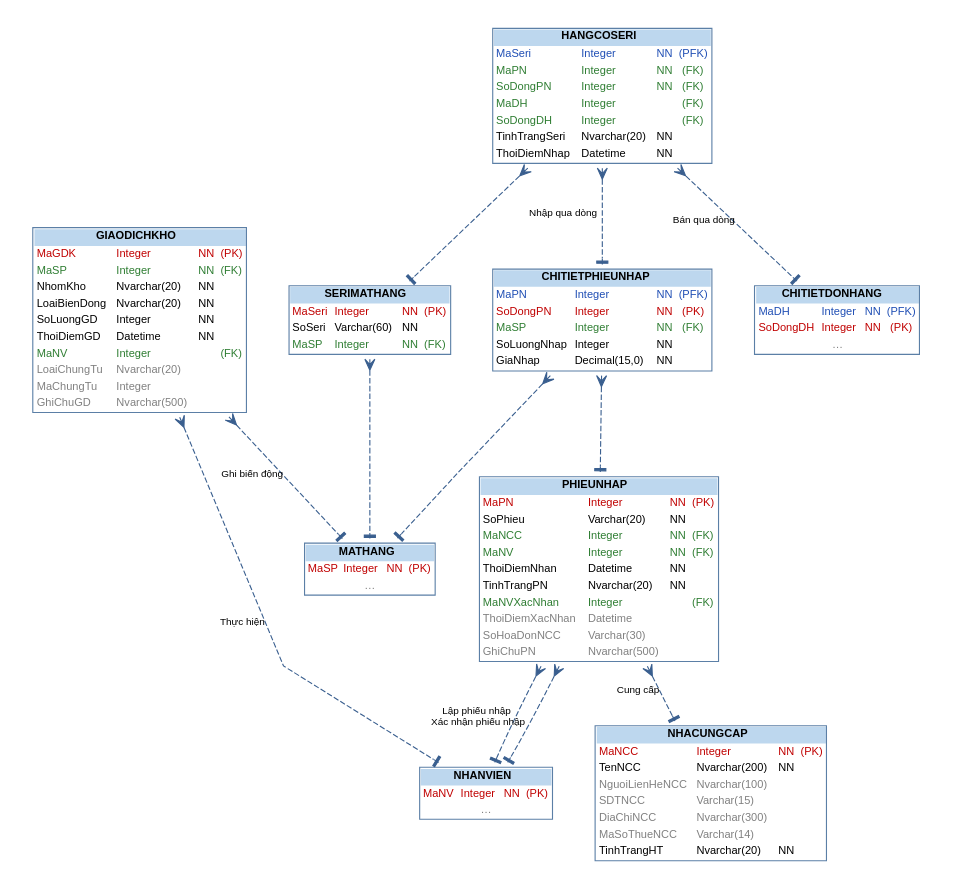
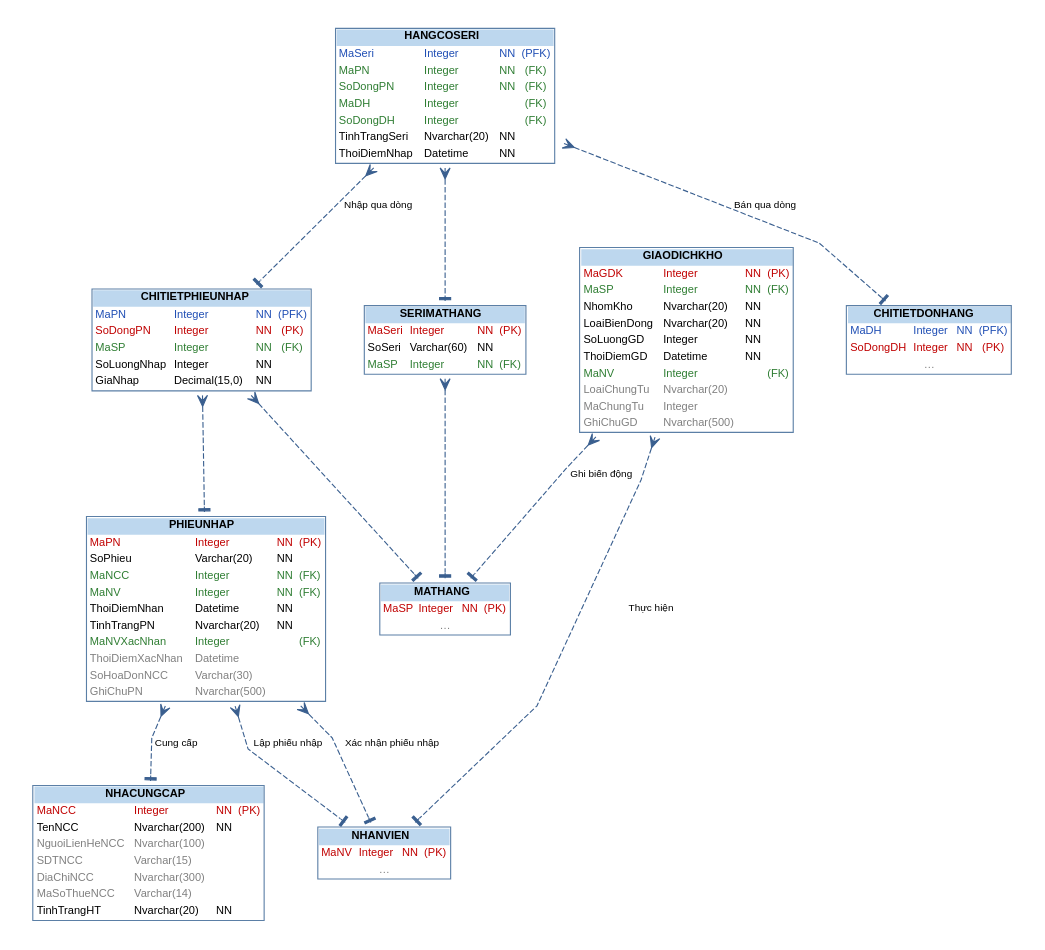
The diagram in bao-cao-moi/hinh/sodo_quanhe_b4.dot (twotnguyen/CSDL-NC-PowerTech), drawn with Graphviz before and after one commit. The commit also changed 24 other files, not shown here.

```diff
--- a/bao-cao-moi/hinh/sodo_quanhe_b4.dot
+++ b/bao-cao-moi/hinh/sodo_quanhe_b4.dot
@@ -1,24 +1,24 @@
 digraph G {
-  rankdir=TB; splines=polyline; nodesep=0.3; ranksep=0.7; pad=0.2; newrank=true;
+  rankdir=TB; splines=polyline; nodesep=0.45; ranksep=0.8; pad=0.2; newrank=true;
   node [shape=plaintext, fontname="Helvetica", fontsize=10]; edge [fontname="Helvetica", fontsize=9, color="#3A5F8F", style=dashed, dir=both, arrowtail=crow, arrowhead=tee];
   "NHACUNGCAP" [label=<<TABLE BORDER="1" COLOR="#5B7FA6" CELLBORDER="0" CELLSPACING="0" CELLPADDING="2" BGCOLOR="white"><TR><TD COLSPAN="4" BGCOLOR="#BDD7EE"><B>NHACUNGCAP</B></TD></TR><TR><TD ALIGN="LEFT"><FONT COLOR="#C00000">MaNCC</FONT></TD><TD ALIGN="LEFT"><FONT COLOR="#C00000">Integer</FONT></TD><TD><FONT COLOR="#C00000">NN</FONT></TD><TD><FONT COLOR="#C00000">(PK)</FONT></TD></TR><TR><TD ALIGN="LEFT"><FONT COLOR="#000000">TenNCC</FONT></TD><TD ALIGN="LEFT"><FONT COLOR="#000000">Nvarchar(200)</FONT></TD><TD><FONT COLOR="#000000">NN</FONT></TD><TD> </TD></TR><TR><TD ALIGN="LEFT"><FONT COLOR="#808080">NguoiLienHeNCC</FONT></TD><TD ALIGN="LEFT"><FONT COLOR="#808080">Nvarchar(100)</FONT></TD><TD> </TD><TD> </TD></TR><TR><TD ALIGN="LEFT"><FONT COLOR="#808080">SDTNCC</FONT></TD><TD ALIGN="LEFT"><FONT COLOR="#808080">Varchar(15)</FONT></TD><TD> </TD><TD> </TD></TR><TR><TD ALIGN="LEFT"><FONT COLOR="#808080">DiaChiNCC</FONT></TD><TD ALIGN="LEFT"><FONT COLOR="#808080">Nvarchar(300)</FONT></TD><TD> </TD><TD> </TD></TR><TR><TD ALIGN="LEFT"><FONT COLOR="#808080">MaSoThueNCC</FONT></TD><TD ALIGN="LEFT"><FONT COLOR="#808080">Varchar(14)</FONT></TD><TD> </TD><TD> </TD></TR><TR><TD ALIGN="LEFT"><FONT COLOR="#000000">TinhTrangHT</FONT></TD><TD ALIGN="LEFT"><FONT COLOR="#000000">Nvarchar(20)</FONT></TD><TD><FONT COLOR="#000000">NN</FONT></TD><TD> </TD></TR></TABLE>>];
   "PHIEUNHAP" [label=<<TABLE BORDER="1" COLOR="#5B7FA6" CELLBORDER="0" CELLSPACING="0" CELLPADDING="2" BGCOLOR="white"><TR><TD COLSPAN="4" BGCOLOR="#BDD7EE"><B>PHIEUNHAP</B></TD></TR><TR><TD ALIGN="LEFT"><FONT COLOR="#C00000">MaPN</FONT></TD><TD ALIGN="LEFT"><FONT COLOR="#C00000">Integer</FONT></TD><TD><FONT COLOR="#C00000">NN</FONT></TD><TD><FONT COLOR="#C00000">(PK)</FONT></TD></TR><TR><TD ALIGN="LEFT"><FONT COLOR="#000000">SoPhieu</FONT></TD><TD ALIGN="LEFT"><FONT COLOR="#000000">Varchar(20)</FONT></TD><TD><FONT COLOR="#000000">NN</FONT></TD><TD> </TD></TR><TR><TD ALIGN="LEFT"><FONT COLOR="#2E7D32">MaNCC</FONT></TD><TD ALIGN="LEFT"><FONT COLOR="#2E7D32">Integer</FONT></TD><TD><FONT COLOR="#2E7D32">NN</FONT></TD><TD><FONT COLOR="#2E7D32">(FK)</FONT></TD></TR><TR><TD ALIGN="LEFT"><FONT COLOR="#2E7D32">MaNV</FONT></TD><TD ALIGN="LEFT"><FONT COLOR="#2E7D32">Integer</FONT></TD><TD><FONT COLOR="#2E7D32">NN</FONT></TD><TD><FONT COLOR="#2E7D32">(FK)</FONT></TD></TR><TR><TD ALIGN="LEFT"><FONT COLOR="#000000">ThoiDiemNhan</FONT></TD><TD ALIGN="LEFT"><FONT COLOR="#000000">Datetime</FONT></TD><TD><FONT COLOR="#000000">NN</FONT></TD><TD> </TD></TR><TR><TD ALIGN="LEFT"><FONT COLOR="#000000">TinhTrangPN</FONT></TD><TD ALIGN="LEFT"><FONT COLOR="#000000">Nvarchar(20)</FONT></TD><TD><FONT COLOR="#000000">NN</FONT></TD><TD> </TD></TR><TR><TD ALIGN="LEFT"><FONT COLOR="#2E7D32">MaNVXacNhan</FONT></TD><TD ALIGN="LEFT"><FONT COLOR="#2E7D32">Integer</FONT></TD><TD> </TD><TD><FONT COLOR="#2E7D32">(FK)</FONT></TD></TR><TR><TD ALIGN="LEFT"><FONT COLOR="#808080">ThoiDiemXacNhan</FONT></TD><TD ALIGN="LEFT"><FONT COLOR="#808080">Datetime</FONT></TD><TD> </TD><TD> </TD></TR><TR><TD ALIGN="LEFT"><FONT COLOR="#808080">SoHoaDonNCC</FONT></TD><TD ALIGN="LEFT"><FONT COLOR="#808080">Varchar(30)</FONT></TD><TD> </TD><TD> </TD></TR><TR><TD ALIGN="LEFT"><FONT COLOR="#808080">GhiChuPN</FONT></TD><TD ALIGN="LEFT"><FONT COLOR="#808080">Nvarchar(500)</FONT></TD><TD> </TD><TD> </TD></TR></TABLE>>];
   "CHITIETPHIEUNHAP" [label=<<TABLE BORDER="1" COLOR="#5B7FA6" CELLBORDER="0" CELLSPACING="0" CELLPADDING="2" BGCOLOR="white"><TR><TD COLSPAN="4" BGCOLOR="#BDD7EE"><B>CHITIETPHIEUNHAP</B></TD></TR><TR><TD ALIGN="LEFT"><FONT COLOR="#1F4EB4">MaPN</FONT></TD><TD ALIGN="LEFT"><FONT COLOR="#1F4EB4">Integer</FONT></TD><TD><FONT COLOR="#1F4EB4">NN</FONT></TD><TD><FONT COLOR="#1F4EB4">(PFK)</FONT></TD></TR><TR><TD ALIGN="LEFT"><FONT COLOR="#C00000">SoDongPN</FONT></TD><TD ALIGN="LEFT"><FONT COLOR="#C00000">Integer</FONT></TD><TD><FONT COLOR="#C00000">NN</FONT></TD><TD><FONT COLOR="#C00000">(PK)</FONT></TD></TR><TR><TD ALIGN="LEFT"><FONT COLOR="#2E7D32">MaSP</FONT></TD><TD ALIGN="LEFT"><FONT COLOR="#2E7D32">Integer</FONT></TD><TD><FONT COLOR="#2E7D32">NN</FONT></TD><TD><FONT COLOR="#2E7D32">(FK)</FONT></TD></TR><TR><TD ALIGN="LEFT"><FONT COLOR="#000000">SoLuongNhap</FONT></TD><TD ALIGN="LEFT"><FONT COLOR="#000000">Integer</FONT></TD><TD><FONT COLOR="#000000">NN</FONT></TD><TD> </TD></TR><TR><TD ALIGN="LEFT"><FONT COLOR="#000000">GiaNhap</FONT></TD><TD ALIGN="LEFT"><FONT COLOR="#000000">Decimal(15,0)</FONT></TD><TD><FONT COLOR="#000000">NN</FONT></TD><TD> </TD></TR></TABLE>>];
   "HANGCOSERI" [label=<<TABLE BORDER="1" COLOR="#5B7FA6" CELLBORDER="0" CELLSPACING="0" CELLPADDING="2" BGCOLOR="white"><TR><TD COLSPAN="4" BGCOLOR="#BDD7EE"><B>HANGCOSERI</B></TD></TR><TR><TD ALIGN="LEFT"><FONT COLOR="#1F4EB4">MaSeri</FONT></TD><TD ALIGN="LEFT"><FONT COLOR="#1F4EB4">Integer</FONT></TD><TD><FONT COLOR="#1F4EB4">NN</FONT></TD><TD><FONT COLOR="#1F4EB4">(PFK)</FONT></TD></TR><TR><TD ALIGN="LEFT"><FONT COLOR="#2E7D32">MaPN</FONT></TD><TD ALIGN="LEFT"><FONT COLOR="#2E7D32">Integer</FONT></TD><TD><FONT COLOR="#2E7D32">NN</FONT></TD><TD><FONT COLOR="#2E7D32">(FK)</FONT></TD></TR><TR><TD ALIGN="LEFT"><FONT COLOR="#2E7D32">SoDongPN</FONT></TD><TD ALIGN="LEFT"><FONT COLOR="#2E7D32">Integer</FONT></TD><TD><FONT COLOR="#2E7D32">NN</FONT></TD><TD><FONT COLOR="#2E7D32">(FK)</FONT></TD></TR><TR><TD ALIGN="LEFT"><FONT COLOR="#2E7D32">MaDH</FONT></TD><TD ALIGN="LEFT"><FONT COLOR="#2E7D32">Integer</FONT></TD><TD> </TD><TD><FONT COLOR="#2E7D32">(FK)</FONT></TD></TR><TR><TD ALIGN="LEFT"><FONT COLOR="#2E7D32">SoDongDH</FONT></TD><TD ALIGN="LEFT"><FONT COLOR="#2E7D32">Integer</FONT></TD><TD> </TD><TD><FONT COLOR="#2E7D32">(FK)</FONT></TD></TR><TR><TD ALIGN="LEFT"><FONT COLOR="#000000">TinhTrangSeri</FONT></TD><TD ALIGN="LEFT"><FONT COLOR="#000000">Nvarchar(20)</FONT></TD><TD><FONT COLOR="#000000">NN</FONT></TD><TD> </TD></TR><TR><TD ALIGN="LEFT"><FONT COLOR="#000000">ThoiDiemNhap</FONT></TD><TD ALIGN="LEFT"><FONT COLOR="#000000">Datetime</FONT></TD><TD><FONT COLOR="#000000">NN</FONT></TD><TD> </TD></TR></TABLE>>];
   "SERIMATHANG" [label=<<TABLE BORDER="1" COLOR="#5B7FA6" CELLBORDER="0" CELLSPACING="0" CELLPADDING="2" BGCOLOR="white"><TR><TD COLSPAN="4" BGCOLOR="#BDD7EE"><B>SERIMATHANG</B></TD></TR><TR><TD ALIGN="LEFT"><FONT COLOR="#C00000">MaSeri</FONT></TD><TD ALIGN="LEFT"><FONT COLOR="#C00000">Integer</FONT></TD><TD><FONT COLOR="#C00000">NN</FONT></TD><TD><FONT COLOR="#C00000">(PK)</FONT></TD></TR><TR><TD ALIGN="LEFT"><FONT COLOR="#000000">SoSeri</FONT></TD><TD ALIGN="LEFT"><FONT COLOR="#000000">Varchar(60)</FONT></TD><TD><FONT COLOR="#000000">NN</FONT></TD><TD> </TD></TR><TR><TD ALIGN="LEFT"><FONT COLOR="#2E7D32">MaSP</FONT></TD><TD ALIGN="LEFT"><FONT COLOR="#2E7D32">Integer</FONT></TD><TD><FONT COLOR="#2E7D32">NN</FONT></TD><TD><FONT COLOR="#2E7D32">(FK)</FONT></TD></TR></TABLE>>];
   "GIAODICHKHO" [label=<<TABLE BORDER="1" COLOR="#5B7FA6" CELLBORDER="0" CELLSPACING="0" CELLPADDING="2" BGCOLOR="white"><TR><TD COLSPAN="4" BGCOLOR="#BDD7EE"><B>GIAODICHKHO</B></TD></TR><TR><TD ALIGN="LEFT"><FONT COLOR="#C00000">MaGDK</FONT></TD><TD ALIGN="LEFT"><FONT COLOR="#C00000">Integer</FONT></TD><TD><FONT COLOR="#C00000">NN</FONT></TD><TD><FONT COLOR="#C00000">(PK)</FONT></TD></TR><TR><TD ALIGN="LEFT"><FONT COLOR="#2E7D32">MaSP</FONT></TD><TD ALIGN="LEFT"><FONT COLOR="#2E7D32">Integer</FONT></TD><TD><FONT COLOR="#2E7D32">NN</FONT></TD><TD><FONT COLOR="#2E7D32">(FK)</FONT></TD></TR><TR><TD ALIGN="LEFT"><FONT COLOR="#000000">NhomKho</FONT></TD><TD ALIGN="LEFT"><FONT COLOR="#000000">Nvarchar(20)</FONT></TD><TD><FONT COLOR="#000000">NN</FONT></TD><TD> </TD></TR><TR><TD ALIGN="LEFT"><FONT COLOR="#000000">LoaiBienDong</FONT></TD><TD ALIGN="LEFT"><FONT COLOR="#000000">Nvarchar(20)</FONT></TD><TD><FONT COLOR="#000000">NN</FONT></TD><TD> </TD></TR><TR><TD ALIGN="LEFT"><FONT COLOR="#000000">SoLuongGD</FONT></TD><TD ALIGN="LEFT"><FONT COLOR="#000000">Integer</FONT></TD><TD><FONT COLOR="#000000">NN</FONT></TD><TD> </TD></TR><TR><TD ALIGN="LEFT"><FONT COLOR="#000000">ThoiDiemGD</FONT></TD><TD ALIGN="LEFT"><FONT COLOR="#000000">Datetime</FONT></TD><TD><FONT COLOR="#000000">NN</FONT></TD><TD> </TD></TR><TR><TD ALIGN="LEFT"><FONT COLOR="#2E7D32">MaNV</FONT></TD><TD ALIGN="LEFT"><FONT COLOR="#2E7D32">Integer</FONT></TD><TD> </TD><TD><FONT COLOR="#2E7D32">(FK)</FONT></TD></TR><TR><TD ALIGN="LEFT"><FONT COLOR="#808080">LoaiChungTu</FONT></TD><TD ALIGN="LEFT"><FONT COLOR="#808080">Nvarchar(20)</FONT></TD><TD> </TD><TD> </TD></TR><TR><TD ALIGN="LEFT"><FONT COLOR="#808080">MaChungTu</FONT></TD><TD ALIGN="LEFT"><FONT COLOR="#808080">Integer</FONT></TD><TD> </TD><TD> </TD></TR><TR><TD ALIGN="LEFT"><FONT COLOR="#808080">GhiChuGD</FONT></TD><TD ALIGN="LEFT"><FONT COLOR="#808080">Nvarchar(500)</FONT></TD><TD> </TD><TD> </TD></TR></TABLE>>];
   "NHANVIEN" [label=<<TABLE BORDER="1" COLOR="#5B7FA6" CELLBORDER="0" CELLSPACING="0" CELLPADDING="2" BGCOLOR="white"><TR><TD COLSPAN="4" BGCOLOR="#BDD7EE"><B>NHANVIEN</B></TD></TR><TR><TD ALIGN="LEFT"><FONT COLOR="#C00000">MaNV</FONT></TD><TD ALIGN="LEFT"><FONT COLOR="#C00000">Integer</FONT></TD><TD><FONT COLOR="#C00000">NN</FONT></TD><TD><FONT COLOR="#C00000">(PK)</FONT></TD></TR><TR><TD COLSPAN="4"><FONT COLOR="#808080">…</FONT></TD></TR></TABLE>>];
   "MATHANG" [label=<<TABLE BORDER="1" COLOR="#5B7FA6" CELLBORDER="0" CELLSPACING="0" CELLPADDING="2" BGCOLOR="white"><TR><TD COLSPAN="4" BGCOLOR="#BDD7EE"><B>MATHANG</B></TD></TR><TR><TD ALIGN="LEFT"><FONT COLOR="#C00000">MaSP</FONT></TD><TD ALIGN="LEFT"><FONT COLOR="#C00000">Integer</FONT></TD><TD><FONT COLOR="#C00000">NN</FONT></TD><TD><FONT COLOR="#C00000">(PK)</FONT></TD></TR><TR><TD COLSPAN="4"><FONT COLOR="#808080">…</FONT></TD></TR></TABLE>>];
   "CHITIETDONHANG" [label=<<TABLE BORDER="1" COLOR="#5B7FA6" CELLBORDER="0" CELLSPACING="0" CELLPADDING="2" BGCOLOR="white"><TR><TD COLSPAN="4" BGCOLOR="#BDD7EE"><B>CHITIETDONHANG</B></TD></TR><TR><TD ALIGN="LEFT"><FONT COLOR="#1F4EB4">MaDH</FONT></TD><TD ALIGN="LEFT"><FONT COLOR="#1F4EB4">Integer</FONT></TD><TD><FONT COLOR="#1F4EB4">NN</FONT></TD><TD><FONT COLOR="#1F4EB4">(PFK)</FONT></TD></TR><TR><TD ALIGN="LEFT"><FONT COLOR="#C00000">SoDongDH</FONT></TD><TD ALIGN="LEFT"><FONT COLOR="#C00000">Integer</FONT></TD><TD><FONT COLOR="#C00000">NN</FONT></TD><TD><FONT COLOR="#C00000">(PK)</FONT></TD></TR><TR><TD COLSPAN="4"><FONT COLOR="#808080">…</FONT></TD></TR></TABLE>>];
-  "PHIEUNHAP" -> "NHACUNGCAP" [xlabel="Cung cấp"];
-  "PHIEUNHAP" -> "NHANVIEN" [xlabel="Lập phiếu nhập"];
-  "PHIEUNHAP" -> "NHANVIEN" [xlabel="Xác nhận phiếu nhập"];
-  "CHITIETPHIEUNHAP" -> "PHIEUNHAP" [xlabel=""];
-  "CHITIETPHIEUNHAP" -> "MATHANG" [xlabel=""];
-  "HANGCOSERI" -> "SERIMATHANG" [xlabel=""];
-  "HANGCOSERI" -> "CHITIETPHIEUNHAP" [xlabel="Nhập qua dòng"];
-  "HANGCOSERI" -> "CHITIETDONHANG" [xlabel="Bán qua dòng"];
-  "SERIMATHANG" -> "MATHANG" [xlabel=""];
-  "GIAODICHKHO" -> "MATHANG" [xlabel="Ghi biến động"];
-  "GIAODICHKHO" -> "NHANVIEN" [xlabel="Thực hiện"];
+  "PHIEUNHAP" -> "NHACUNGCAP" [label="Cung cấp"];
+  "PHIEUNHAP" -> "NHANVIEN" [label="Lập phiếu nhập"];
+  "PHIEUNHAP" -> "NHANVIEN" [label="Xác nhận phiếu nhập"];
+  "CHITIETPHIEUNHAP" -> "PHIEUNHAP" [label=""];
+  "CHITIETPHIEUNHAP" -> "MATHANG" [label=""];
+  "HANGCOSERI" -> "SERIMATHANG" [label=""];
+  "HANGCOSERI" -> "CHITIETPHIEUNHAP" [label="Nhập qua dòng"];
+  "HANGCOSERI" -> "CHITIETDONHANG" [label="Bán qua dòng"];
+  "SERIMATHANG" -> "MATHANG" [label=""];
+  "GIAODICHKHO" -> "MATHANG" [label="Ghi biến động"];
+  "GIAODICHKHO" -> "NHANVIEN" [label="Thực hiện"];
 }
```
